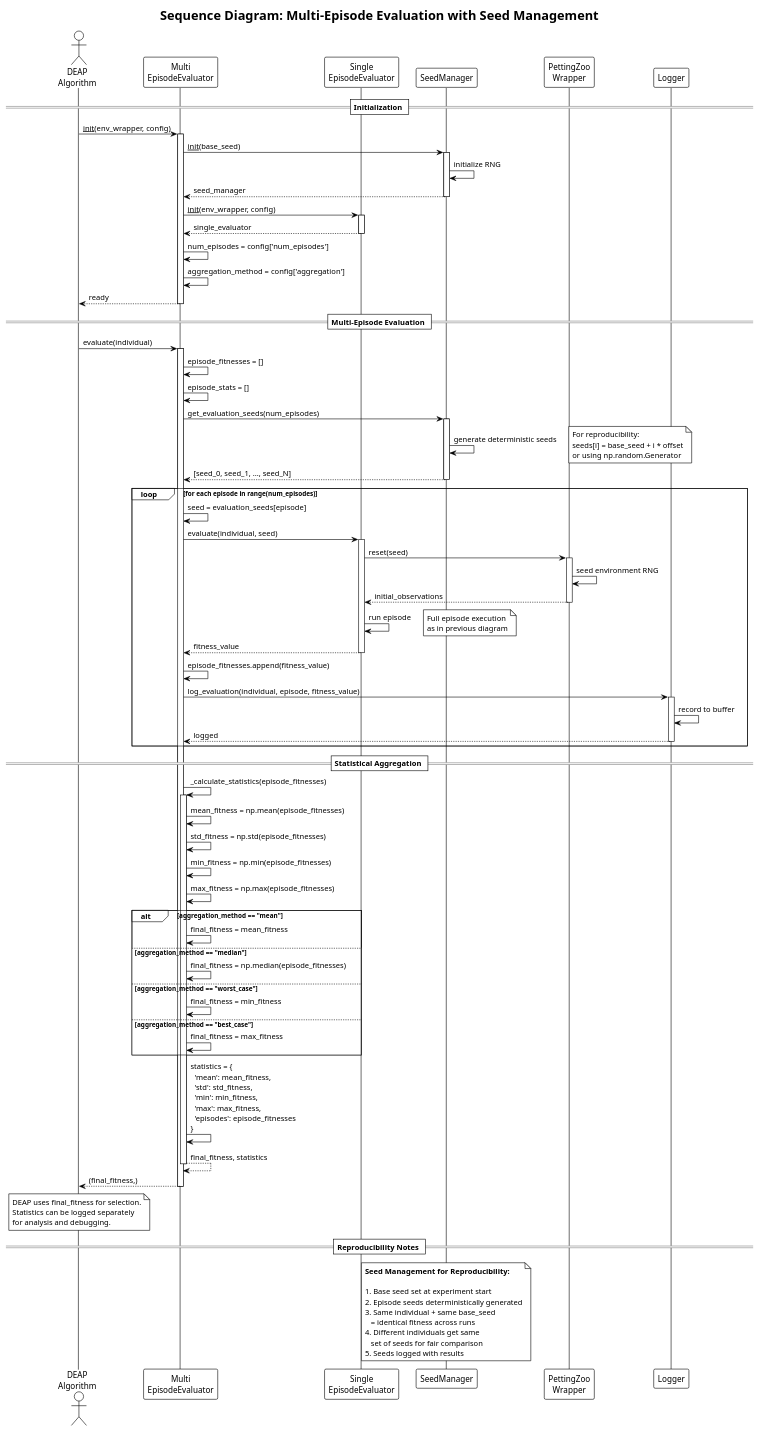
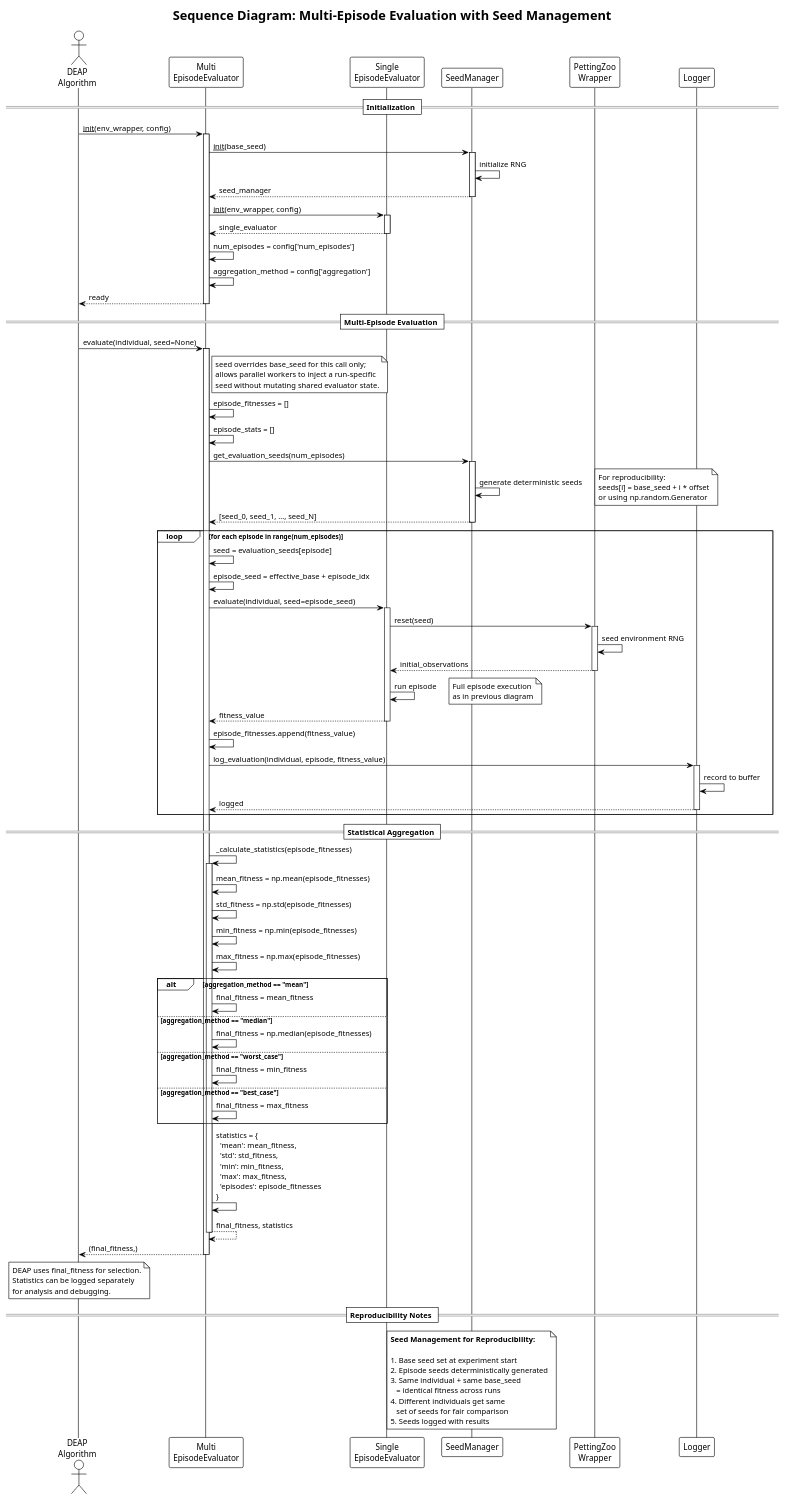
One commit to Alex180504/DEAP-Zoo-bridge changed the diagram in docs/UML/sequence_multi_episode_evaluation.puml. Above: the diagram before and after it, drawn with PlantUML. The commit also changed 8 other files, not shown here.

```diff
--- a/docs/UML/sequence_multi_episode_evaluation.puml
+++ b/docs/UML/sequence_multi_episode_evaluation.puml
@@ -1,131 +1,138 @@
 @startuml sequence_multi_episode_evaluation
 !theme plain
 title Sequence Diagram: Multi-Episode Evaluation with Seed Management
 
 actor "DEAP\nAlgorithm" as DEAP
 participant "Multi\nEpisodeEvaluator" as MultiEval
 participant "Single\nEpisodeEvaluator" as SingleEval
 participant "SeedManager" as Seeds
 participant "PettingZoo\nWrapper" as Env
 participant "Logger" as Log
 
 == Initialization ==
 
 DEAP -> MultiEval : __init__(env_wrapper, config)
 activate MultiEval
 MultiEval -> Seeds : __init__(base_seed)
 activate Seeds
 Seeds -> Seeds : initialize RNG
 Seeds --> MultiEval : seed_manager
 deactivate Seeds
 
 MultiEval -> SingleEval : __init__(env_wrapper, config)
 activate SingleEval
 SingleEval --> MultiEval : single_evaluator
 deactivate SingleEval
 
 MultiEval -> MultiEval : num_episodes = config['num_episodes']
 MultiEval -> MultiEval : aggregation_method = config['aggregation']
 MultiEval --> DEAP : ready
 deactivate MultiEval
 
 == Multi-Episode Evaluation ==
 
-DEAP -> MultiEval : evaluate(individual)
+DEAP -> MultiEval : evaluate(individual, seed=None)
 activate MultiEval
+
+note right of MultiEval
+  seed overrides base_seed for this call only;
+  allows parallel workers to inject a run-specific
+  seed without mutating shared evaluator state.
+end note
 
 MultiEval -> MultiEval : episode_fitnesses = []
 MultiEval -> MultiEval : episode_stats = []
 
 MultiEval -> Seeds : get_evaluation_seeds(num_episodes)
 activate Seeds
 Seeds -> Seeds : generate deterministic seeds
 note right
   For reproducibility:
   seeds[i] = base_seed + i * offset
   or using np.random.Generator
 end note
 Seeds --> MultiEval : [seed_0, seed_1, ..., seed_N]
 deactivate Seeds
 
 loop for each episode in range(num_episodes)
     
     MultiEval -> MultiEval : seed = evaluation_seeds[episode]
     
-    MultiEval -> SingleEval : evaluate(individual, seed)
+    MultiEval -> MultiEval : episode_seed = effective_base + episode_idx
+    MultiEval -> SingleEval : evaluate(individual, seed=episode_seed)
     activate SingleEval
     
     SingleEval -> Env : reset(seed)
     activate Env
     Env -> Env : seed environment RNG
     Env --> SingleEval : initial_observations
     deactivate Env
     
     SingleEval -> SingleEval : run episode
     note right
       Full episode execution
       as in previous diagram
     end note
     
     SingleEval --> MultiEval : fitness_value
     deactivate SingleEval
     
     MultiEval -> MultiEval : episode_fitnesses.append(fitness_value)
     
     MultiEval -> Log : log_evaluation(individual, episode, fitness_value)
     activate Log
     Log -> Log : record to buffer
     Log --> MultiEval : logged
     deactivate Log
     
 end
 
 == Statistical Aggregation ==
 
 MultiEval -> MultiEval : _calculate_statistics(episode_fitnesses)
 activate MultiEval
 
 MultiEval -> MultiEval : mean_fitness = np.mean(episode_fitnesses)
 MultiEval -> MultiEval : std_fitness = np.std(episode_fitnesses)
 MultiEval -> MultiEval : min_fitness = np.min(episode_fitnesses)
 MultiEval -> MultiEval : max_fitness = np.max(episode_fitnesses)
 
 alt aggregation_method == "mean"
     MultiEval -> MultiEval : final_fitness = mean_fitness
 else aggregation_method == "median"
     MultiEval -> MultiEval : final_fitness = np.median(episode_fitnesses)
 else aggregation_method == "worst_case"
     MultiEval -> MultiEval : final_fitness = min_fitness
 else aggregation_method == "best_case"
     MultiEval -> MultiEval : final_fitness = max_fitness
 end
 
 MultiEval -> MultiEval : statistics = {\n  'mean': mean_fitness,\n  'std': std_fitness,\n  'min': min_fitness,\n  'max': max_fitness,\n  'episodes': episode_fitnesses\n}
 
 MultiEval --> MultiEval : final_fitness, statistics
 deactivate MultiEval
 
 MultiEval --> DEAP : (final_fitness,)
 deactivate MultiEval
 
 note over DEAP
   DEAP uses final_fitness for selection.
   Statistics can be logged separately
   for analysis and debugging.
 end note
 
 == Reproducibility Notes ==
 
 note over Seeds
   **Seed Management for Reproducibility:**
   
   1. Base seed set at experiment start
   2. Episode seeds deterministically generated
   3. Same individual + same base_seed 
      = identical fitness across runs
   4. Different individuals get same
      set of seeds for fair comparison
   5. Seeds logged with results
 end note
 
 @enduml
```
